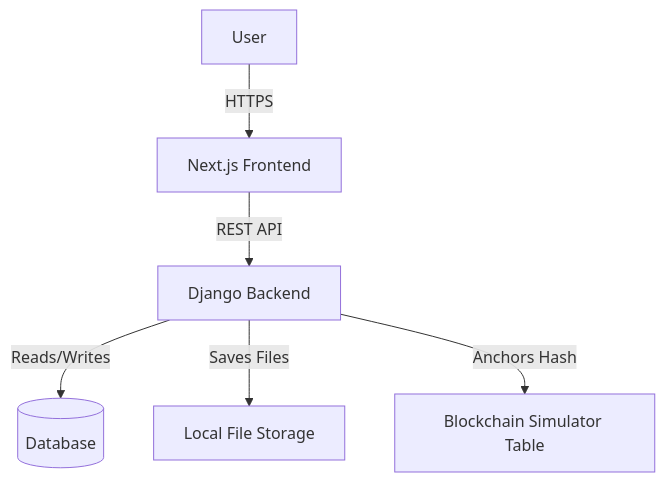
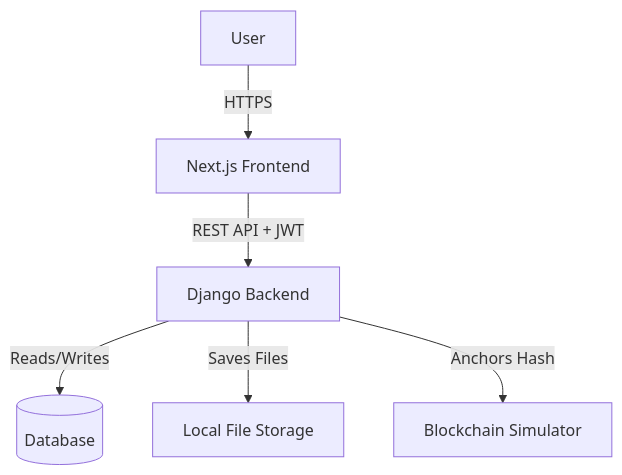
The first of 2 diagrams in PROJECT_OVERVIEW.md (prabhatkaushal/Govt_Data), drawn with Mermaid before and after one commit. The commit also changed other lines of this file and 6 other files, not shown here.

Commit message:
docs: Comprehensive overhaul of project documentation and architecture context

````diff
--- a/PROJECT_OVERVIEW.md
+++ b/PROJECT_OVERVIEW.md
@@ -85,8 +81,8 @@
 ```mermaid
 flowchart TD
     A[User] -->|HTTPS| B[Next.js Frontend]
-    B -->|REST API| C[Django Backend]
+    B -->|REST API + JWT| C[Django Backend]
     C -->|Reads/Writes| D[(Database)]
     C -->|Saves Files| E[Local File Storage]
-    C -->|Anchors Hash| F[Blockchain Simulator Table]
+    C -->|Anchors Hash| F[Blockchain Simulator]
 ```
````
